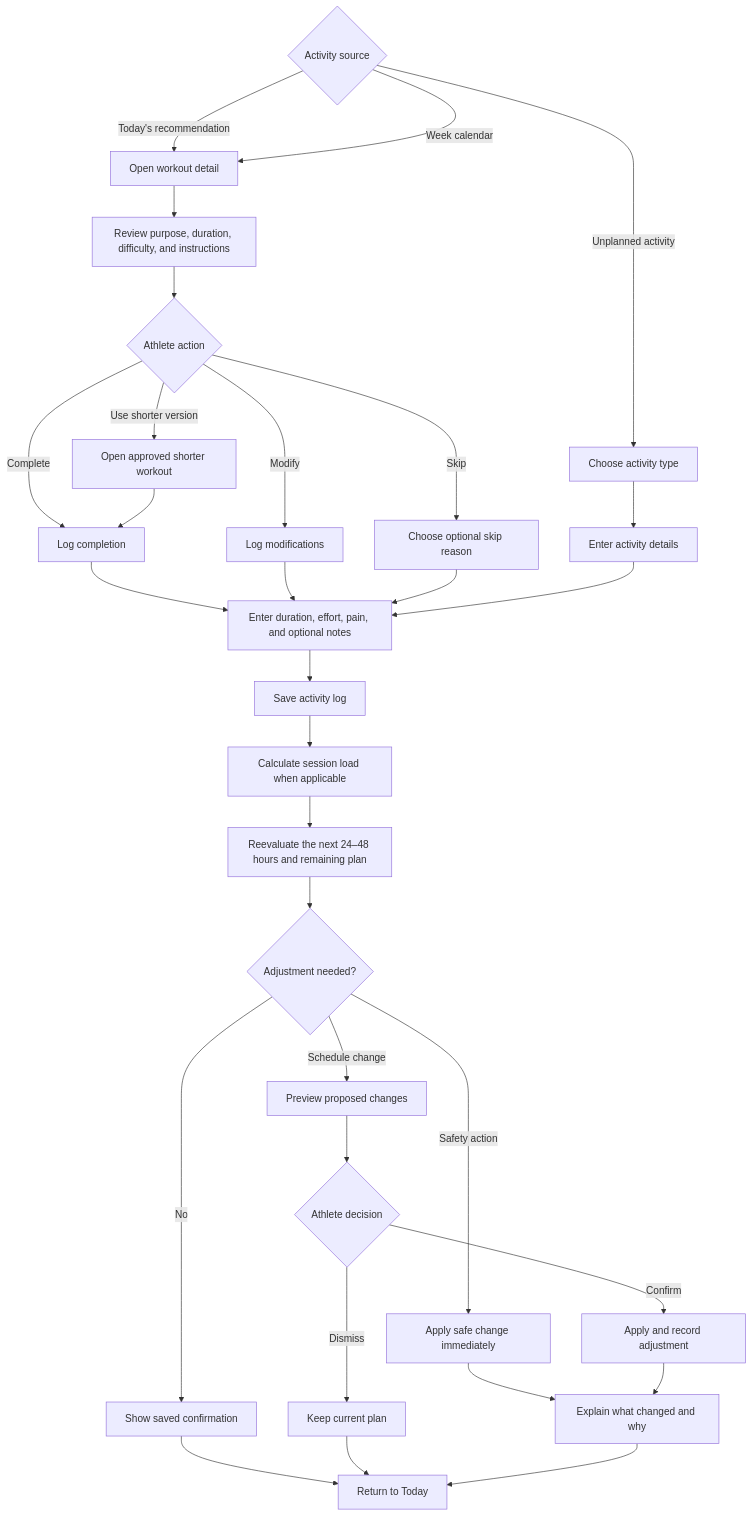
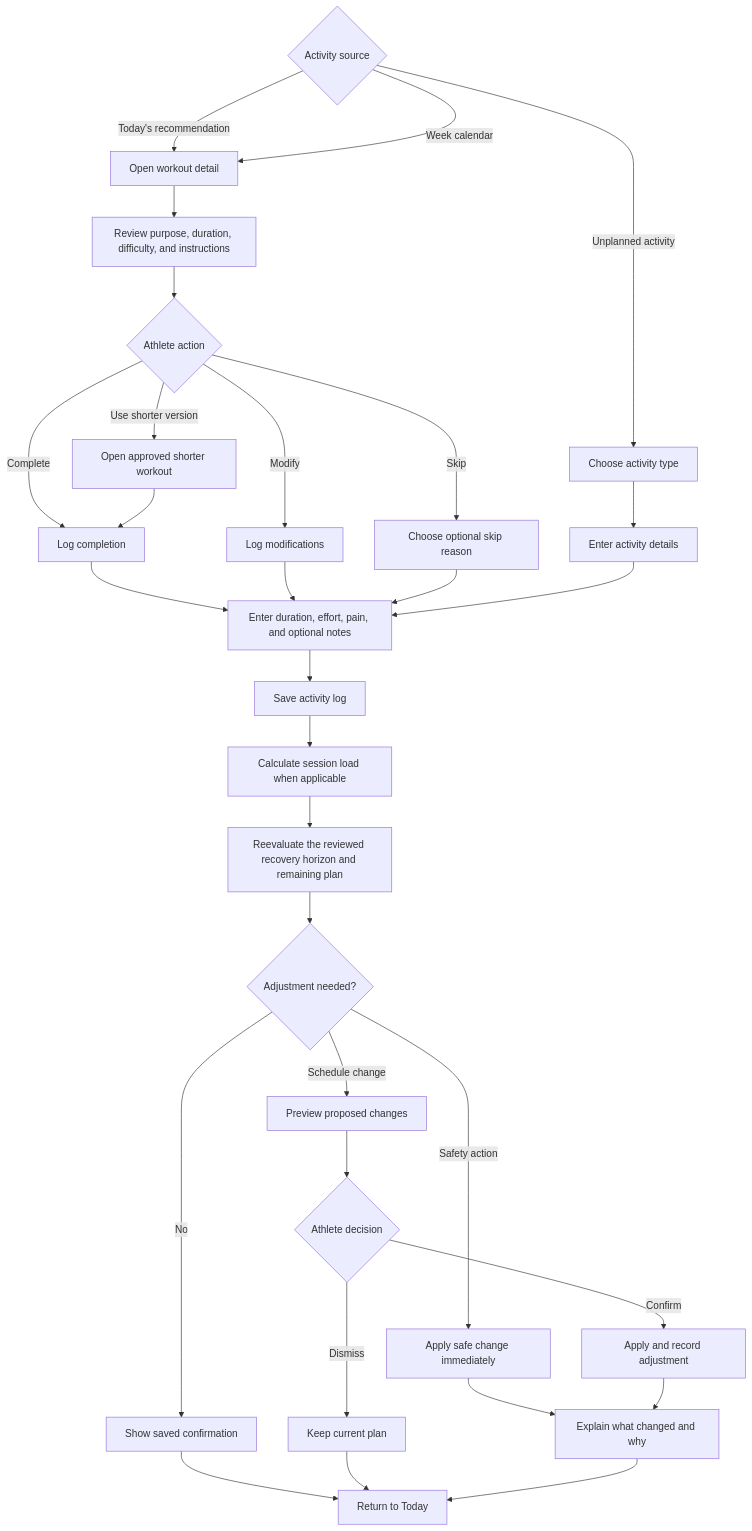
One commit to pedripottah/PureAthletic changed the fifth of 9 diagrams in docs/user-flow.md. Above: the diagram before and after it, drawn with Mermaid. The commit also changed other lines of this file and 1 other file, not shown here.

````diff
--- a/docs/user-flow.md
+++ b/docs/user-flow.md
@@ -154,35 +168,35 @@
 ```mermaid
 flowchart TD
     A{Activity source} -->|Today's recommendation| B[Open workout detail]
     A -->|Week calendar| B
     A -->|Unplanned activity| C[Choose activity type]
 
     B --> D[Review purpose, duration, difficulty, and instructions]
     D --> E{Athlete action}
     E -->|Complete| F[Log completion]
     E -->|Modify| G[Log modifications]
     E -->|Skip| H[Choose optional skip reason]
     E -->|Use shorter version| I[Open approved shorter workout]
     I --> F
 
     C --> J[Enter activity details]
     F --> K[Enter duration, effort, pain, and optional notes]
     G --> K
     H --> K
     J --> K
     K --> L[Save activity log]
     L --> M[Calculate session load when applicable]
-    M --> N[Reevaluate the next 24–48 hours and remaining plan]
+    M --> N[Reevaluate the reviewed recovery horizon and remaining plan]
     N --> O{Adjustment needed?}
     O -->|No| P[Show saved confirmation]
     O -->|Safety action| Q[Apply safe change immediately]
     O -->|Schedule change| R[Preview proposed changes]
     R --> S{Athlete decision}
     S -->|Confirm| T[Apply and record adjustment]
     S -->|Dismiss| U[Keep current plan]
     Q --> V[Explain what changed and why]
     T --> V
     P --> W[Return to Today]
     U --> W
     V --> W
 ```
````
